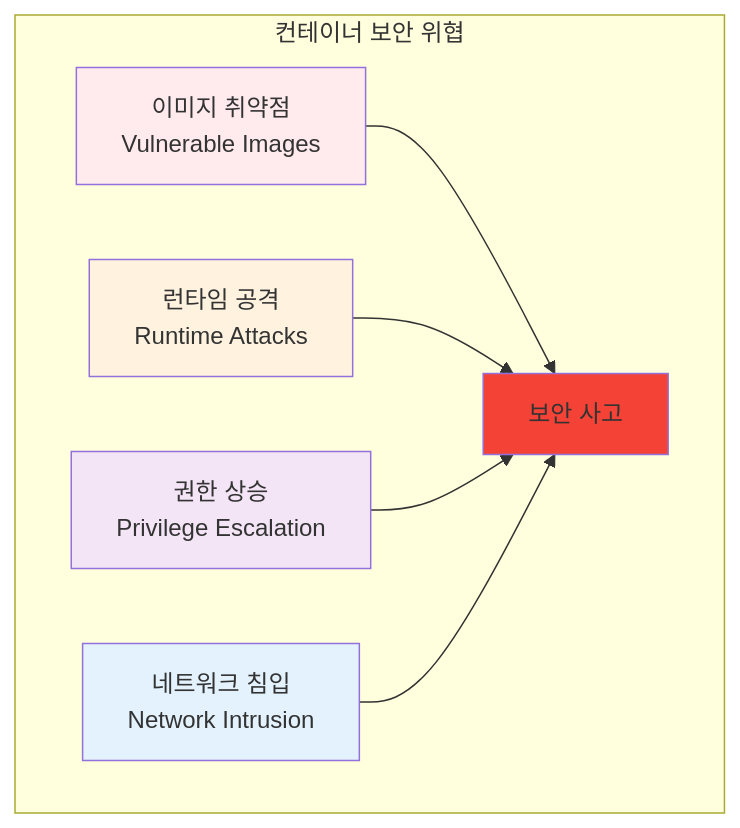
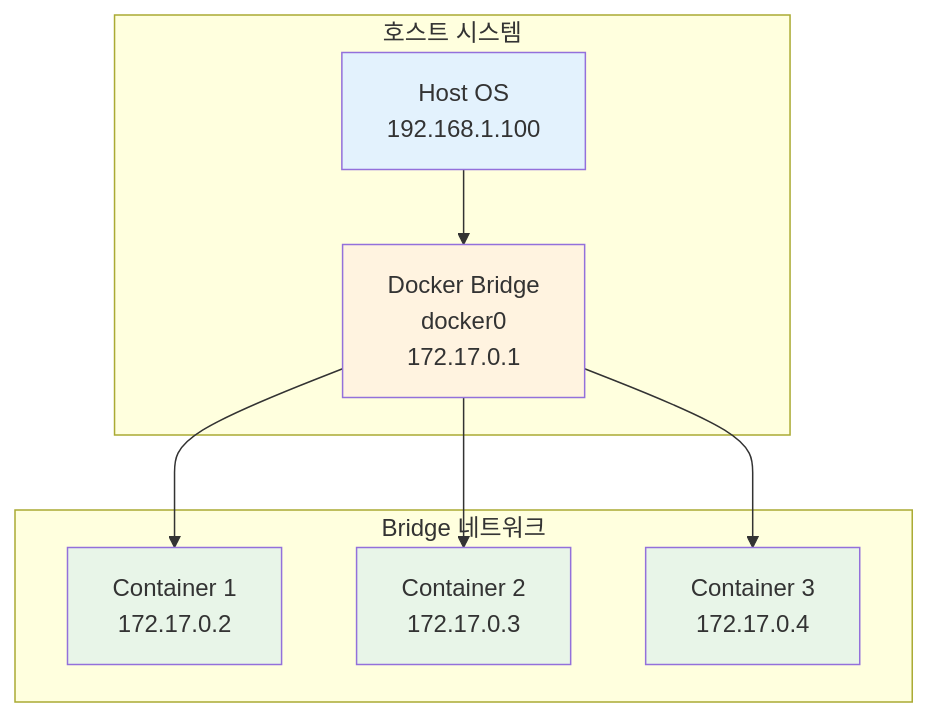
Before and after one commit to niceguy61/kdt_devops_lecture_2025: the second of 4 diagrams in theory/week_02/day1/session_1.md, drawn with Mermaid. The commit also changed other lines of this file and 70 other files, not shown here.

````diff
--- a/theory/week_02/day1/session_1.md
+++ b/theory/week_02/day1/session_1.md
@@ -44,15 +61,24 @@
 ```mermaid
 graph TB
-    subgraph "컨테이너 보안 위협"
-        A[이미지 취약점<br/>Vulnerable Images] --> E[보안 사고]
-        B[런타임 공격<br/>Runtime Attacks] --> E
-        C[권한 상승<br/>Privilege Escalation] --> E
-        D[네트워크 침입<br/>Network Intrusion] --> E
+    subgraph "호스트 시스템"
+        H[Host OS<br/>192.168.1.100]
+        B[Docker Bridge<br/>docker0<br/>172.17.0.1]
     end
     
-    style A fill:#ffebee
+    subgraph "Bridge 네트워크"
+        C1[Container 1<br/>172.17.0.2]
+        C2[Container 2<br/>172.17.0.3]
+        C3[Container 3<br/>172.17.0.4]
+    end
+    
+    H --> B
+    B --> C1
+    B --> C2
+    B --> C3
+    
+    style H fill:#e3f2fd
     style B fill:#fff3e0
-    style C fill:#f3e5f5
-    style D fill:#e3f2fd
-    style E fill:#f44336
+    style C1 fill:#e8f5e8
+    style C2 fill:#e8f5e8
+    style C3 fill:#e8f5e8
 ```
````
